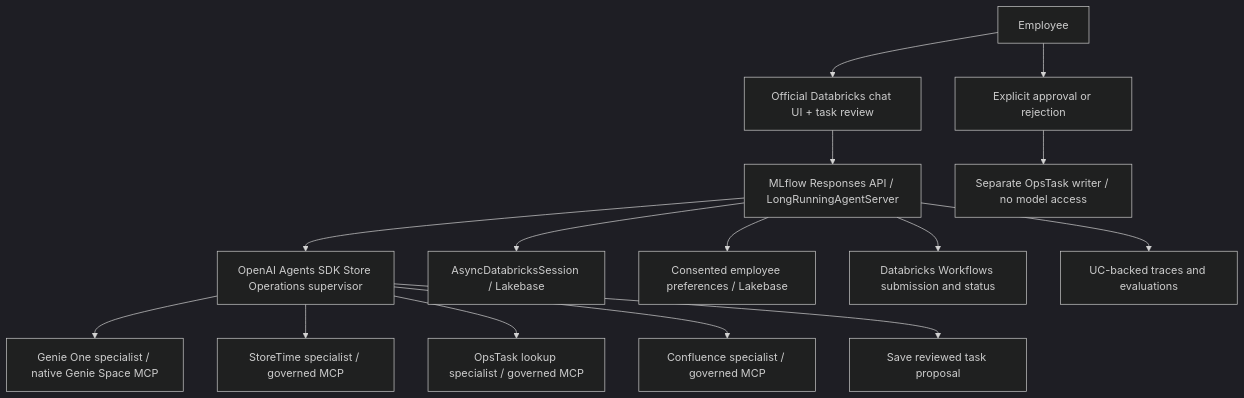
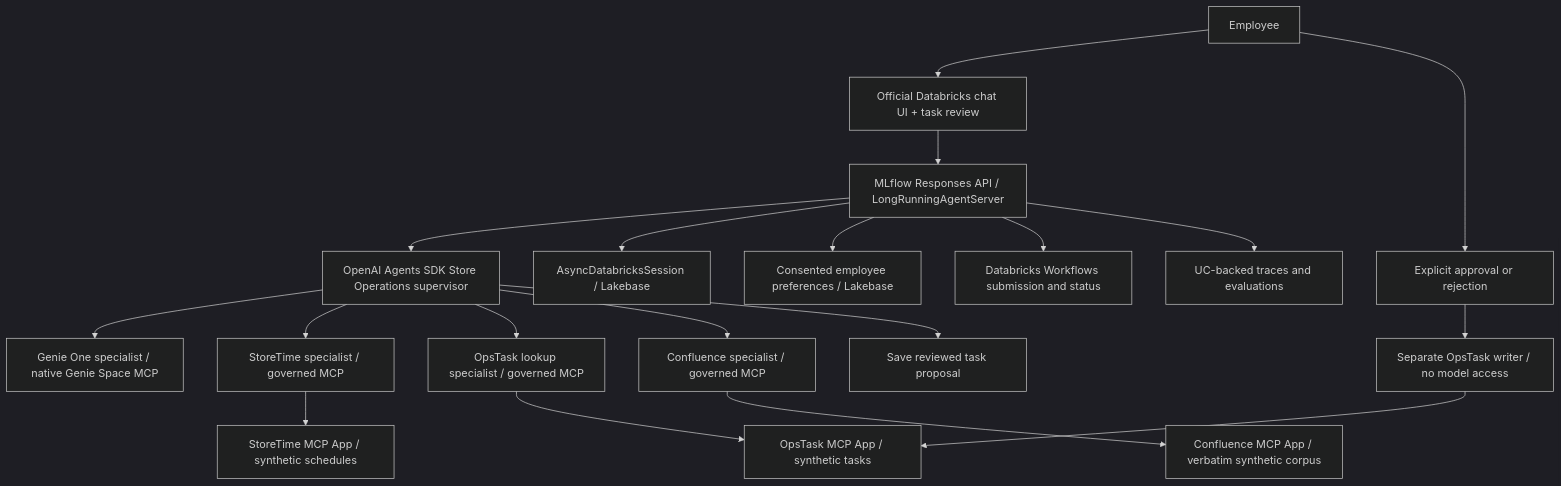
Before and after one commit to NZDBR/openai-agents-sdk-multiagent-mcp: the diagram in README.md, drawn with Mermaid (dark theme). The commit also changed other lines of this file and 59 other files, not shown here.

Commit message:
Reconstruct Store Operations demo MCP apps and validation evidence

````diff
--- a/README.md
+++ b/README.md
@@ -9,17 +9,21 @@
 ```mermaid
 flowchart TD
     Employee --> UI[Official Databricks chat UI + task review]
     UI --> Runtime[MLflow Responses API / LongRunningAgentServer]
     Runtime --> Supervisor[OpenAI Agents SDK Store Operations supervisor]
     Supervisor --> Genie[Genie One specialist / native Genie Space MCP]
     Supervisor --> Time[StoreTime specialist / governed MCP]
     Supervisor --> Lookup[OpsTask lookup specialist / governed MCP]
     Supervisor --> Context[Confluence specialist / governed MCP]
+    Time --> TimeApp[StoreTime MCP App / synthetic schedules]
+    Lookup --> TaskApp[OpsTask MCP App / synthetic tasks]
+    Context --> ContextApp[Confluence MCP App / verbatim synthetic corpus]
     Supervisor --> Proposal[Save reviewed task proposal]
     Employee --> Decision[Explicit approval or rejection]
     Decision --> Writer[Separate OpsTask writer / no model access]
+    Writer --> TaskApp
     Runtime --> Session[AsyncDatabricksSession / Lakebase]
     Runtime --> LongTerm[Consented employee preferences / Lakebase]
     Runtime --> Jobs[Databricks Workflows submission and status]
     Runtime --> MLflow[UC-backed traces and evaluations]
 ```
````
